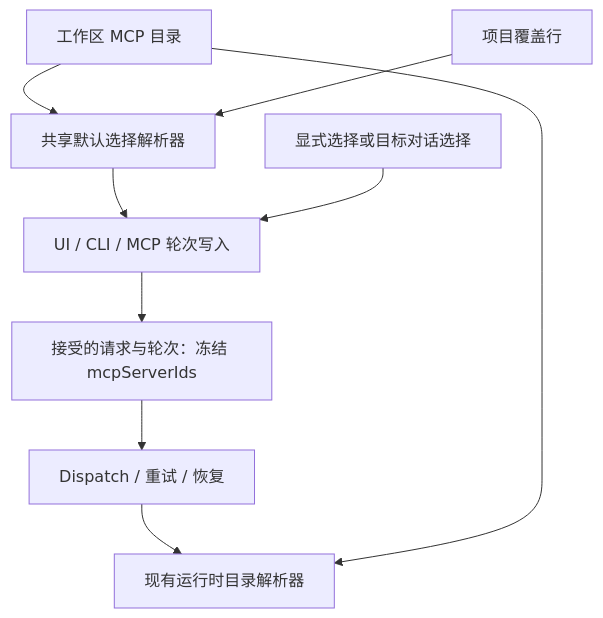
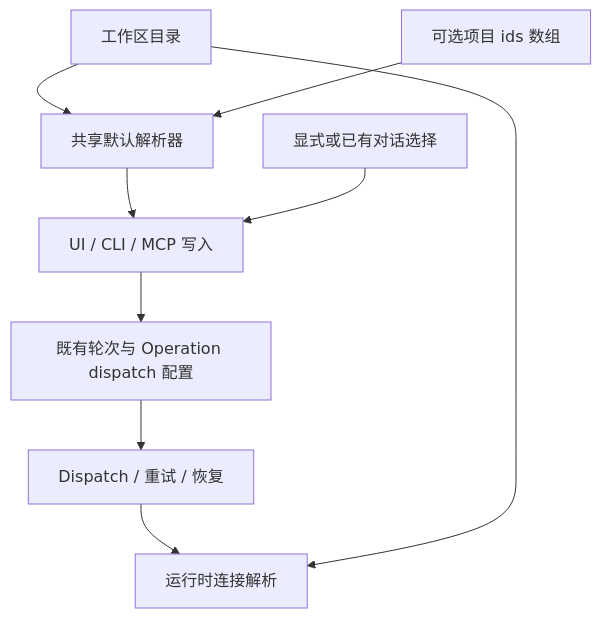
Before and after one commit to ACAne0320/Lody: the diagram in .agents/notes/proposed/architecture/2026-10-09-project-default-mcp.zh.md, drawn with Mermaid. The commit also changed other lines of this file and 21 other files, not shown here.

````diff
--- a/.agents/notes/proposed/architecture/2026-10-09-project-default-mcp.zh.md
+++ b/.agents/notes/proposed/architecture/2026-10-09-project-default-mcp.zh.md
@@ -39,11 +24,11 @@
 ```mermaid
 flowchart TD
-  C[工作区 MCP 目录] --> R[共享默认选择解析器]
-  P[项目覆盖行] --> R
-  R --> A[UI / CLI / MCP 轮次写入]
-  E[显式选择或目标对话选择] --> A
-  A --> F[接受的请求与轮次：冻结 mcpServerIds]
-  F --> D[Dispatch / 重试 / 恢复]
-  D --> L[现有运行时目录解析器]
+  C[工作区目录] --> R[共享默认解析器]
+  P[可选项目 ids 数组] --> R
+  R --> A[UI / CLI / MCP 写入]
+  E[显式或已有对话选择] --> A
+  A --> T[既有轮次与 Operation dispatch 配置]
+  T --> D[Dispatch / 重试 / 恢复]
+  D --> L[运行时连接解析]
   C --> L
 ```
````
